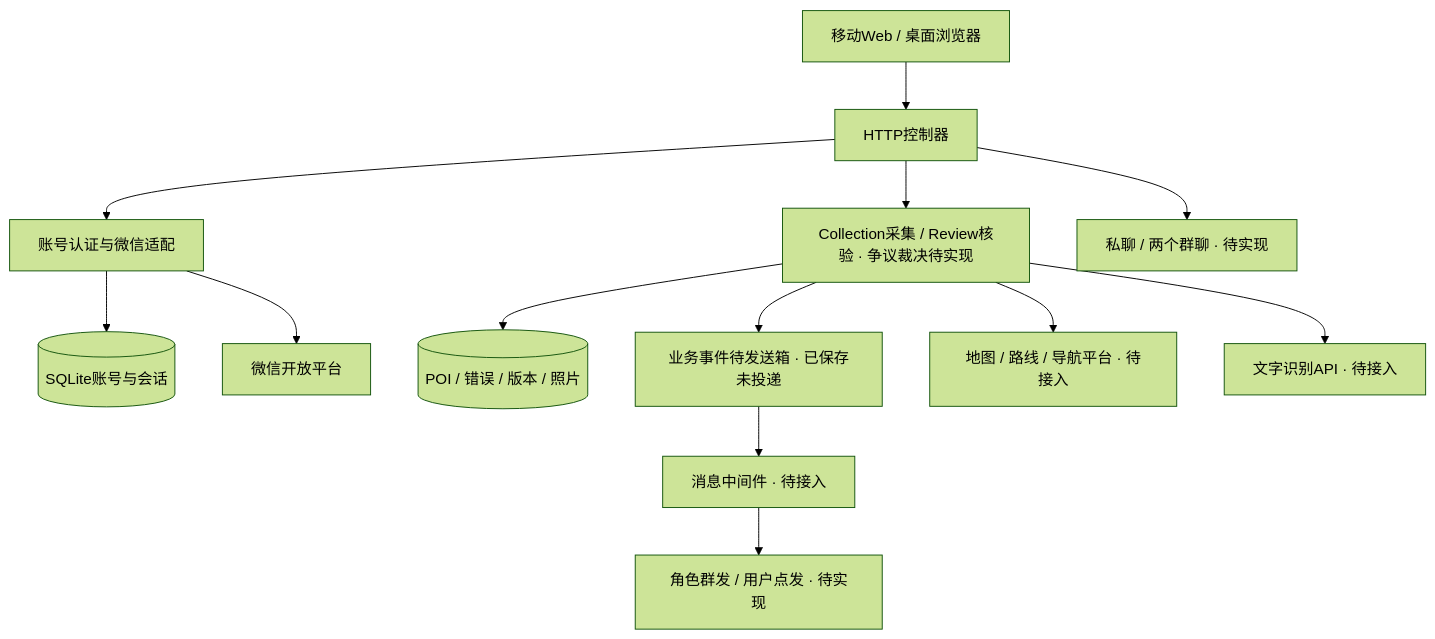
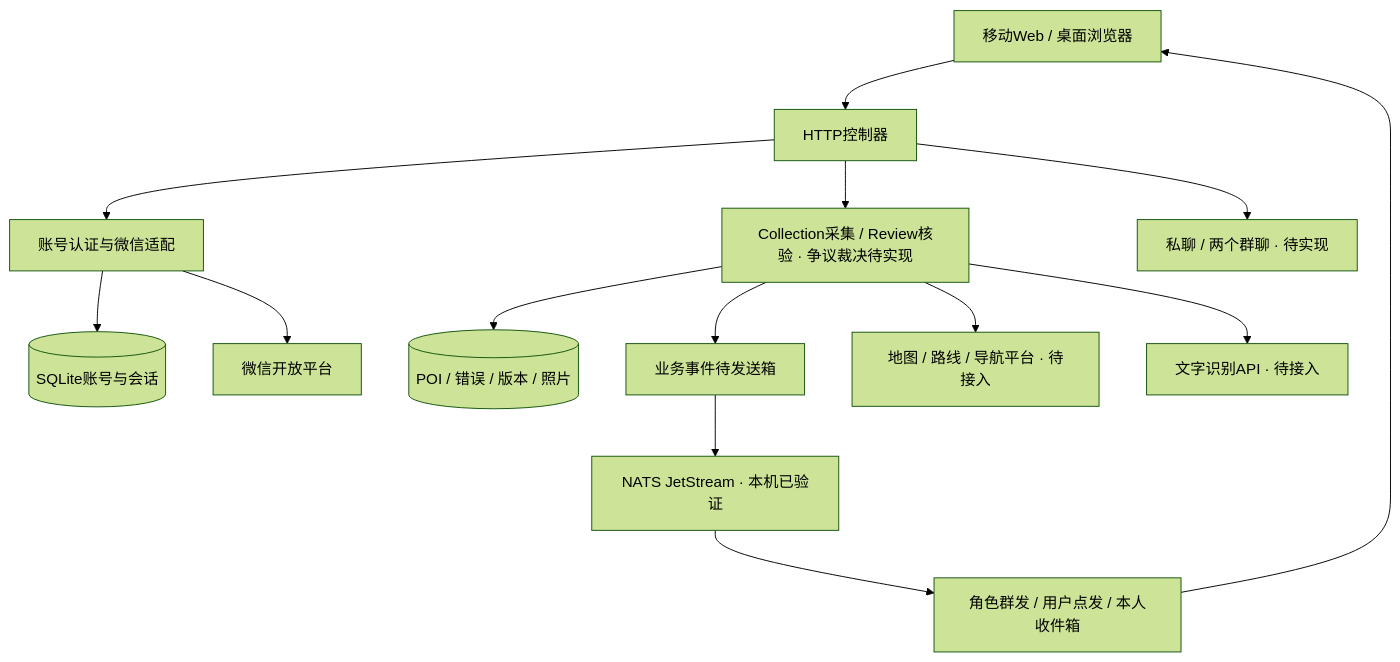
The diagram in docs/architecture.md (Florian-yang/mapqc-sadp-practice), drawn with Mermaid (forest theme) before and after one commit. The commit also changed other lines of this file and 33 other files, not shown here.

Commit message:
feat: deliver role and user notifications through NATS JetStream

````diff
--- a/docs/architecture.md
+++ b/docs/architecture.md
@@ -5,15 +5,16 @@
 ```mermaid
 flowchart TB
   web[移动Web / 桌面浏览器] --> http[HTTP控制器]
   http --> auth[账号认证与微信适配]
   http --> poi[Collection采集 / Review核验 · 争议裁决待实现]
   http --> chat[私聊 / 两个群聊 · 待实现]
   auth --> db[(SQLite账号与会话)]
   auth --> wx[微信开放平台]
   poi --> store[(POI / 错误 / 版本 / 照片)]
-  poi --> outbox[业务事件待发送箱 · 已保存未投递]
-  outbox --> mq[消息中间件 · 待接入]
-  mq --> delivery[角色群发 / 用户点发 · 待实现]
+  poi --> outbox[业务事件待发送箱]
+  outbox --> mq[NATS JetStream · 本机已验证]
+  mq --> delivery[角色群发 / 用户点发 / 本人收件箱]
+  delivery --> web
   poi --> geo[地图 / 路线 / 导航平台 · 待接入]
   poi --> ocr[文字识别API · 待接入]
 ```
````
